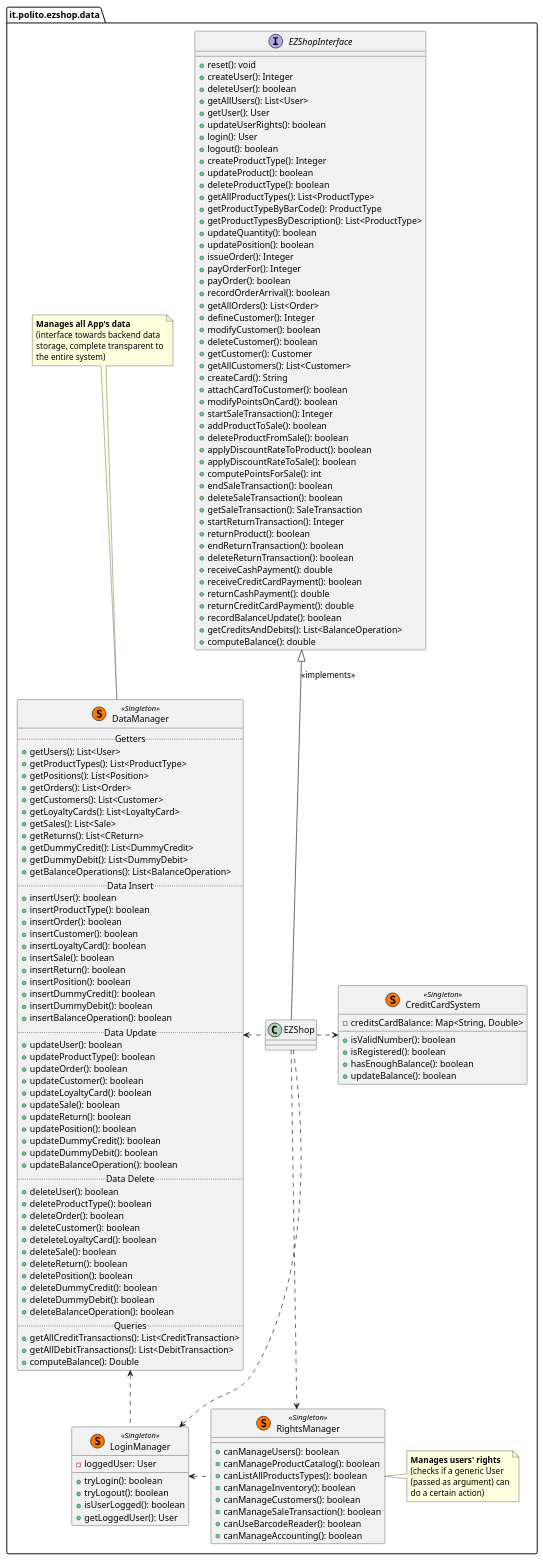
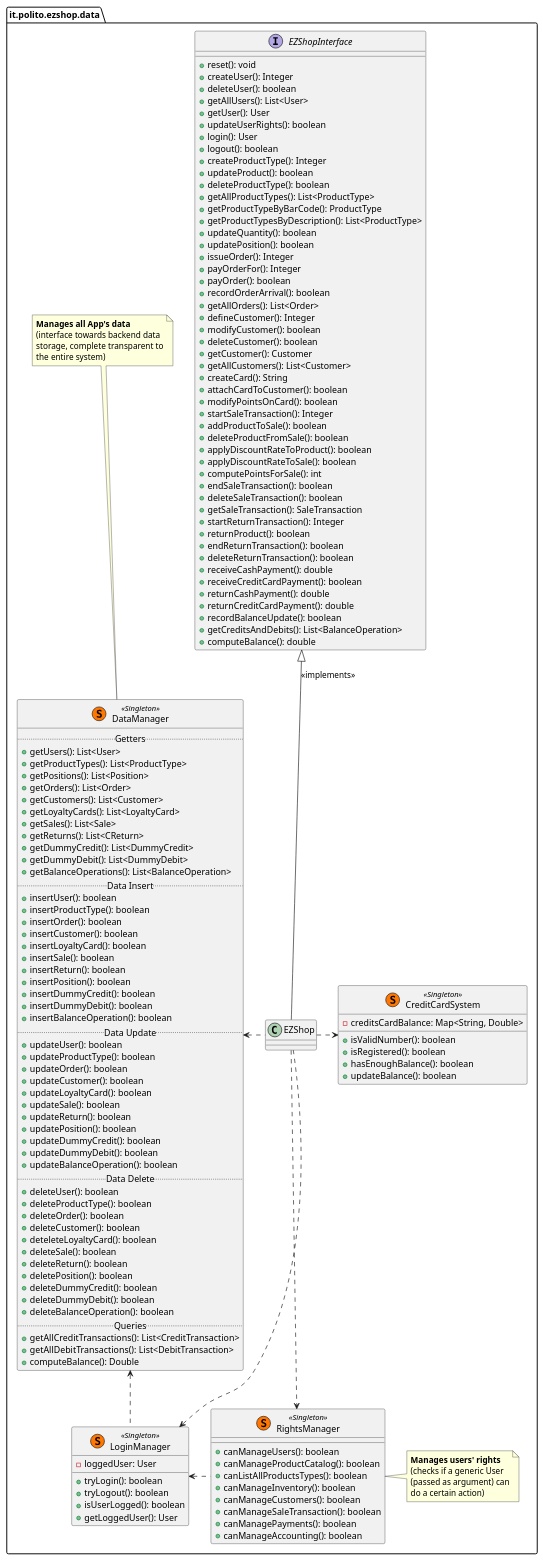
One commit to thegabriele97/EzShop changed the second of 6 diagrams in Deliverables/DesignDocument.md. Above: the diagram before and after it, drawn with PlantUML. The commit also changed other lines of this file, not shown here.

Commit message:
docs: DesignDocument, added sequence diagram for scenario 7-1

```diff
--- a/Deliverables/DesignDocument.md
+++ b/Deliverables/DesignDocument.md
@@ -138,7 +138,7 @@
         +canManageInventory(): boolean
         +canManageCustomers(): boolean
         +canManageSaleTransaction(): boolean
-        +canUseBarcodeReader(): boolean
+        +canManagePayments(): boolean
         +canManageAccounting(): boolean
     }
 
```
